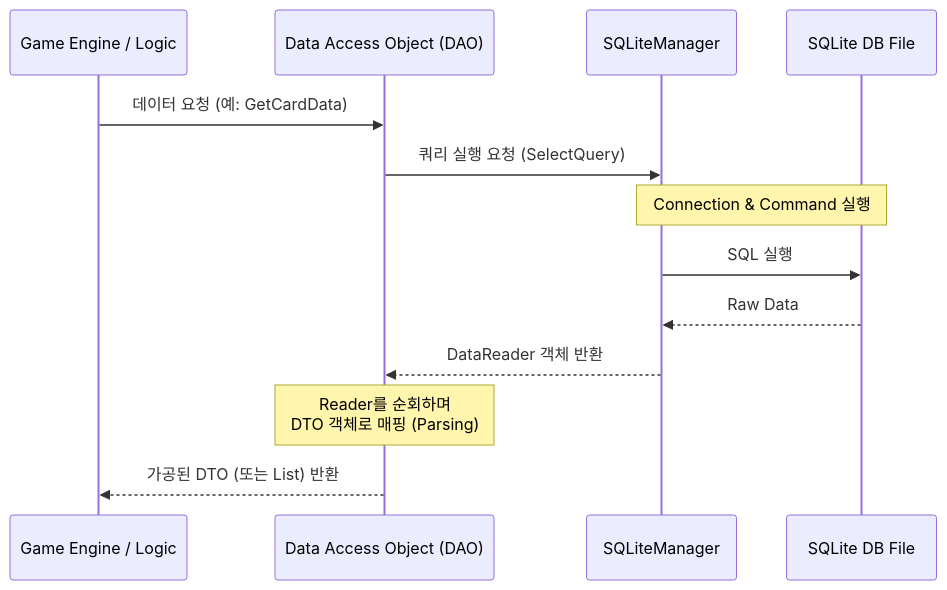
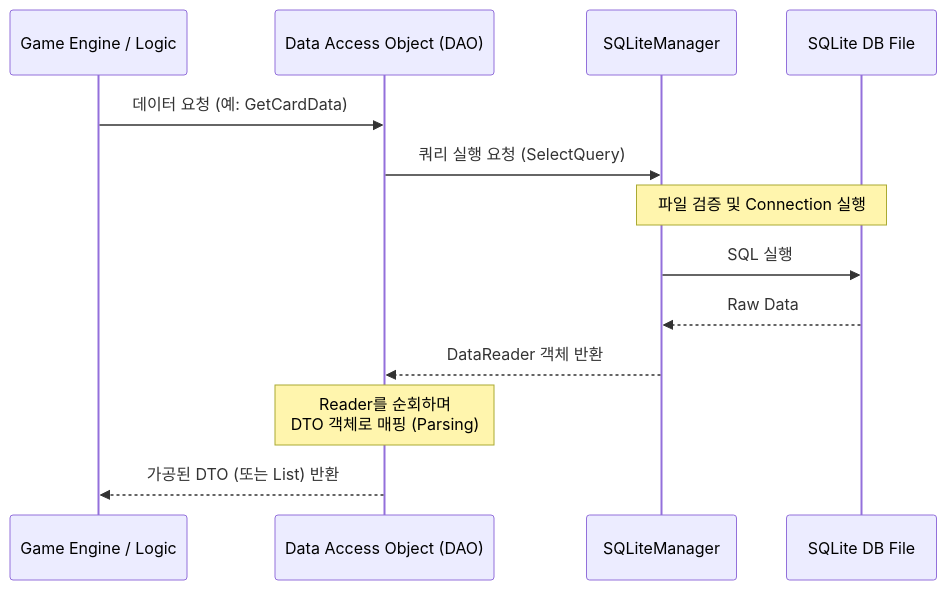
The diagram in 001_Shambles/readme.md (ysh4267/Yangjihoon_portfolio), drawn with Mermaid before and after one commit. The commit also changed other lines of this file and 1 other file, not shown here.

````diff
--- a/001_Shambles/readme.md
+++ b/001_Shambles/readme.md
@@ -70,20 +67,20 @@
 ```mermaid
 sequenceDiagram
     participant Game as Game Engine / Logic
     participant DAO as Data Access Object (DAO)
     participant SQLMgr as SQLiteManager
     participant DB as SQLite DB File
 
     Game->>DAO: 데이터 요청 (예: GetCardData)
     DAO->>SQLMgr: 쿼리 실행 요청 (SelectQuery)
     
-    Note over SQLMgr, DB: Connection & Command 실행
+    Note over SQLMgr, DB: 파일 검증 및 Connection 실행
     SQLMgr->>DB: SQL 실행
     DB-->>SQLMgr: Raw Data
 
     SQLMgr-->>DAO: DataReader 객체 반환
     
     Note over DAO: Reader를 순회하며<br/>DTO 객체로 매핑 (Parsing)
     
     DAO-->>Game: 가공된 DTO (또는 List) 반환
 ```
````
